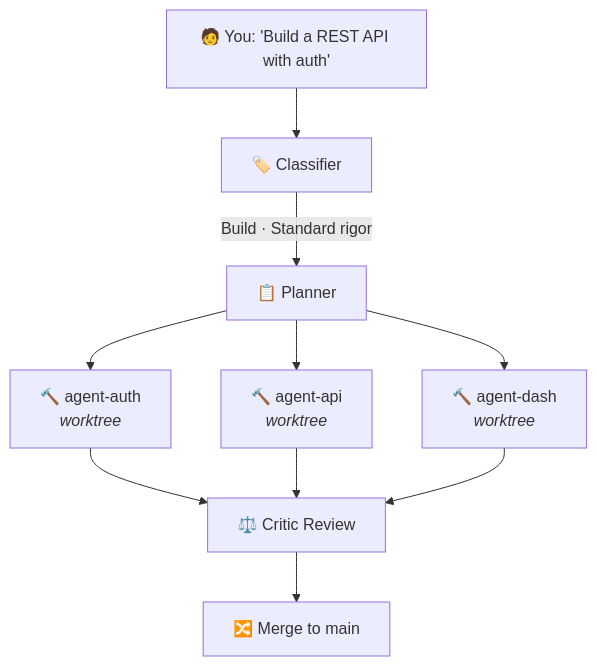
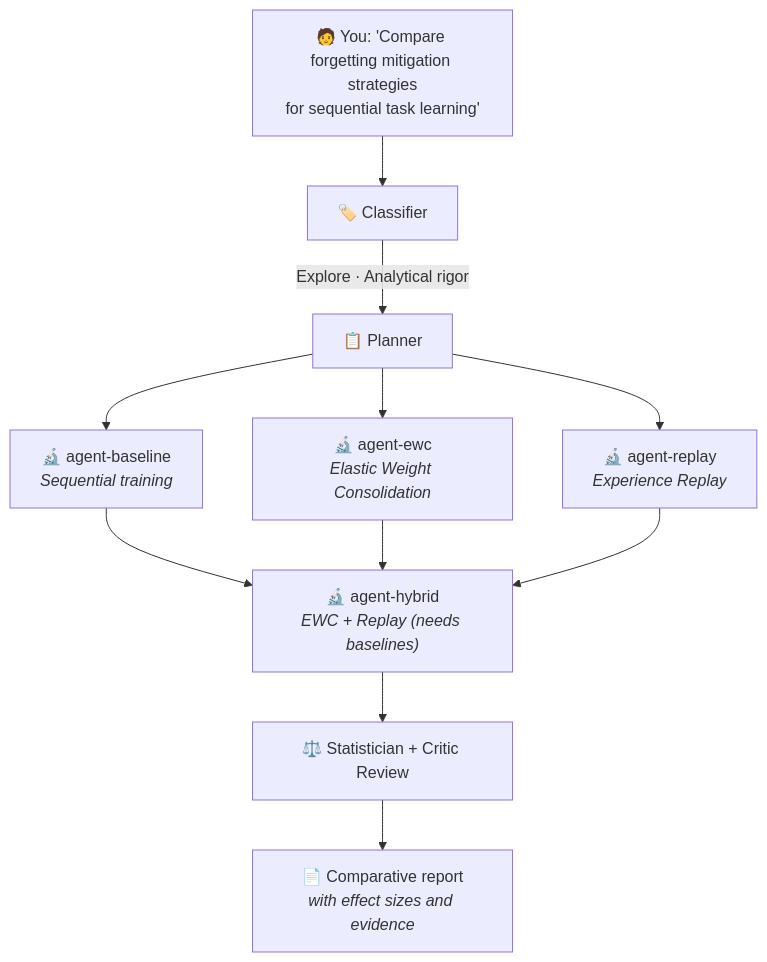
The second of 5 diagrams in README.md (Vahidrostami/voronoi), drawn with Mermaid before and after one commit. The commit also changed other lines of this file, not shown here.

First line of the commit message:
docs: make README examples more scientific, add dependency graph info

````diff
--- a/README.md
+++ b/README.md
@@ -173,15 +173,16 @@
 ```mermaid
 graph TD
-    Q["🧑 You: 'Build a REST API with auth'"] --> C["🏷️ Classifier"]
-    C -->|"Build · Standard rigor"| P["📋 Planner"]
+    Q["🧑 You: 'Compare forgetting mitigation strategies<br/>for sequential task learning'"] --> C["🏷️ Classifier"]
+    C -->|"Explore · Analytical rigor"| P["📋 Planner"]
 
-    P --> A1["🔨 agent-auth<br/><i>worktree</i>"]
-    P --> A2["🔨 agent-api<br/><i>worktree</i>"]
-    P --> A3["🔨 agent-dash<br/><i>worktree</i>"]
+    P --> A1["🔬 agent-baseline<br/><i>Sequential training</i>"]
+    P --> A2["🔬 agent-ewc<br/><i>Elastic Weight Consolidation</i>"]
+    P --> A3["🔬 agent-replay<br/><i>Experience Replay</i>"]
 
-    A1 --> CR["⚖️ Critic Review"]
-    A2 --> CR
-    A3 --> CR
+    A1 --> A4["🔬 agent-hybrid<br/><i>EWC + Replay (needs baselines)</i>"]
+    A2 --> A4
+    A3 --> A4
 
-    CR --> M["🔀 Merge to main"]
+    A4 --> CR["⚖️ Statistician + Critic Review"]
+    CR --> D["📄 Comparative report<br/><i>with effect sizes and evidence</i>"]
 ```
````
